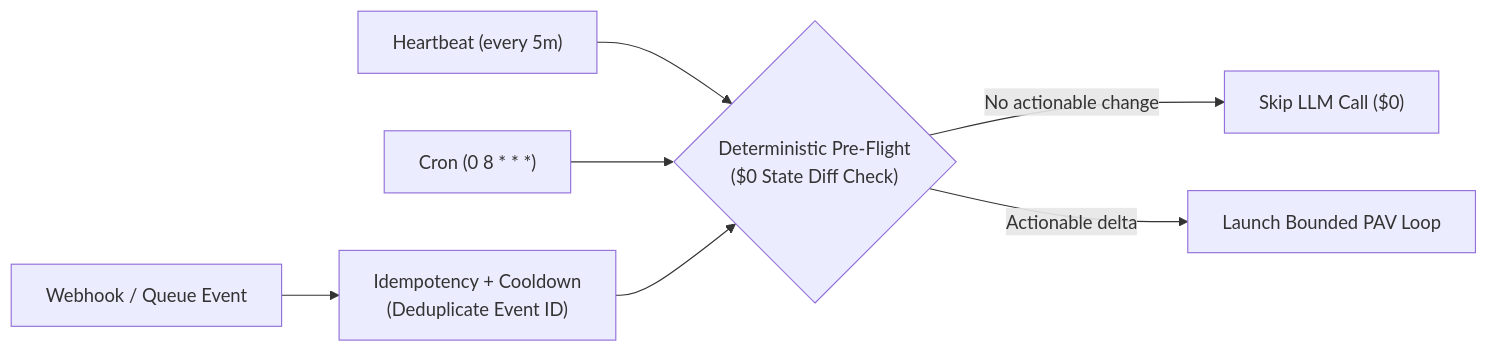
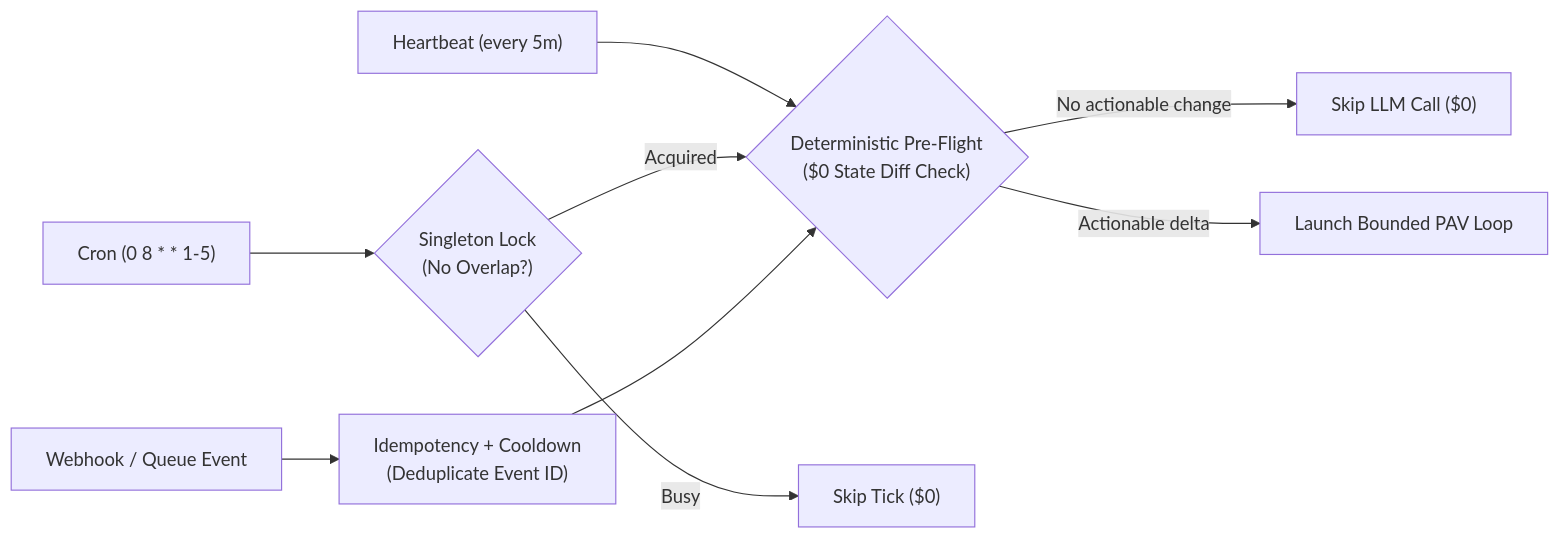
The first of 2 diagrams in Lecture 14 - Loop Engineering and A2A Protocol/notes/03_Proactive_Triggers_Heartbeat_Cron_and_Events.md (Amie-dev/FDE-and-GenAI-Mastery), drawn with Mermaid before and after one commit. The commit also changed other lines of this file and 92 other files, not shown here.

````diff
--- a/Lecture 14 - Loop Engineering and A2A Protocol/notes/03_Proactive_Triggers_Heartbeat_Cron_and_Events.md
+++ b/Lecture 14 - Loop Engineering and A2A Protocol/notes/03_Proactive_Triggers_Heartbeat_Cron_and_Events.md
@@ -31,9 +33,11 @@
 ```mermaid
 flowchart LR
     T1["Heartbeat (every 5m)"] --> Pre{"Deterministic Pre-Flight<br/>($0 State Diff Check)"}
-    T2["Cron (0 8 * * *)"] --> Pre
+    T2["Cron (0 8 * * 1-5)"] --> Lock{"Singleton Lock<br/>(No Overlap?)"}
+    Lock -->|"Acquired"| Pre
+    Lock -->|"Busy"| SkipLock["Skip Tick ($0)"]
     T3["Webhook / Queue Event"] --> Dedup["Idempotency + Cooldown<br/>(Deduplicate Event ID)"]
     Dedup --> Pre
     Pre -->|"No actionable change"| Skip["Skip LLM Call ($0)"]
     Pre -->|"Actionable delta"| PAV["Launch Bounded PAV Loop"]
 ```
````
